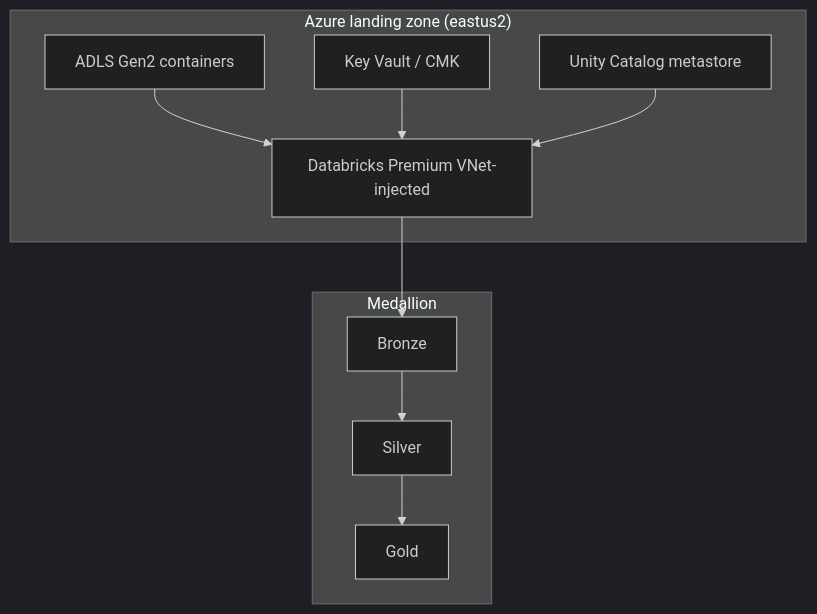
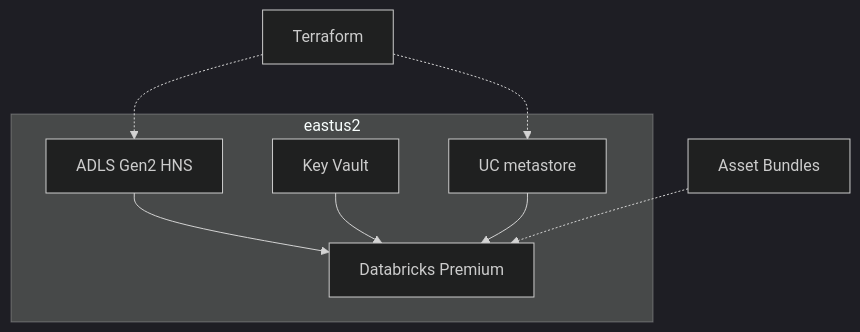
The second of 2 diagrams in docs/architecture.md (Dataryx/Databricks-Delta-Lake-Healthcare-Analytics-Platform), drawn with Mermaid (dark theme) before and after one commit. The commit also changed other lines of this file and 11 other files, not shown here.

````diff
--- a/docs/architecture.md
+++ b/docs/architecture.md
@@ -6,18 +26,15 @@
 ```mermaid
 flowchart TB
-  subgraph Azure["Azure landing zone (eastus2)"]
-    ADLS[ADLS Gen2 containers]
-    ADB[Databricks Premium VNet-injected]
-    AKV[Key Vault / CMK]
-    UC[Unity Catalog metastore]
-  end
-  subgraph Medallion
-    B[Bronze]
-    S[Silver]
-    G[Gold]
+  subgraph Azure["eastus2"]
+    ADLS[ADLS Gen2 HNS]
+    ADB[Databricks Premium]
+    AKV[Key Vault]
+    UC[UC metastore]
   end
   ADLS --> ADB
-  ADB --> B --> S --> G
   AKV --> ADB
   UC --> ADB
+  TF[Terraform] -.-> ADLS
+  TF -.-> UC
+  DAB[Asset Bundles] -.-> ADB
 ```
````
